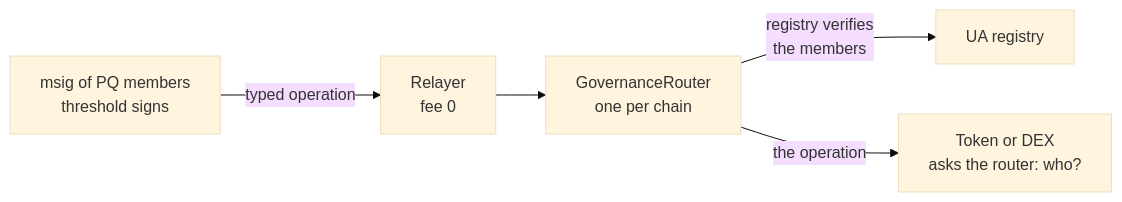
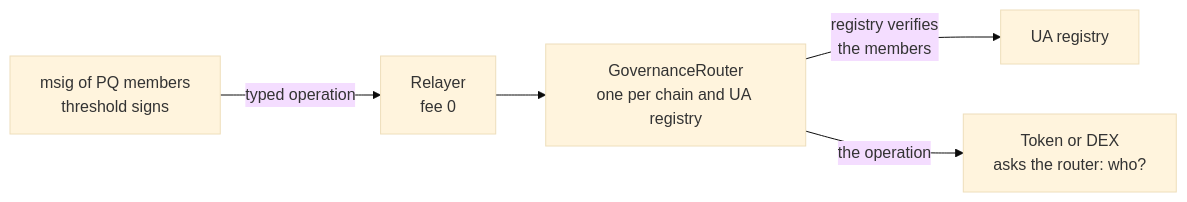
The fourth of 9 diagrams in README.md (dinhduongha/scaas), drawn with Mermaid (base theme) before and after one commit. The commit also changed 9 other files, not shown here.

````diff
--- a/README.md
+++ b/README.md
@@ -410,7 +410,7 @@
 ```mermaid
 flowchart LR
     M["msig of PQ members<br/>threshold signs"] -->|"typed operation"| R["Relayer<br/>fee 0"]
-    R --> GR["GovernanceRouter<br/>one per chain"]
+    R --> GR["GovernanceRouter<br/>one per chain and UA registry"]
     GR -->|"registry verifies<br/>the members"| G["UA registry"]
     GR -->|"the operation"| T["Token or DEX<br/>asks the router: who?"]
 ```
````
